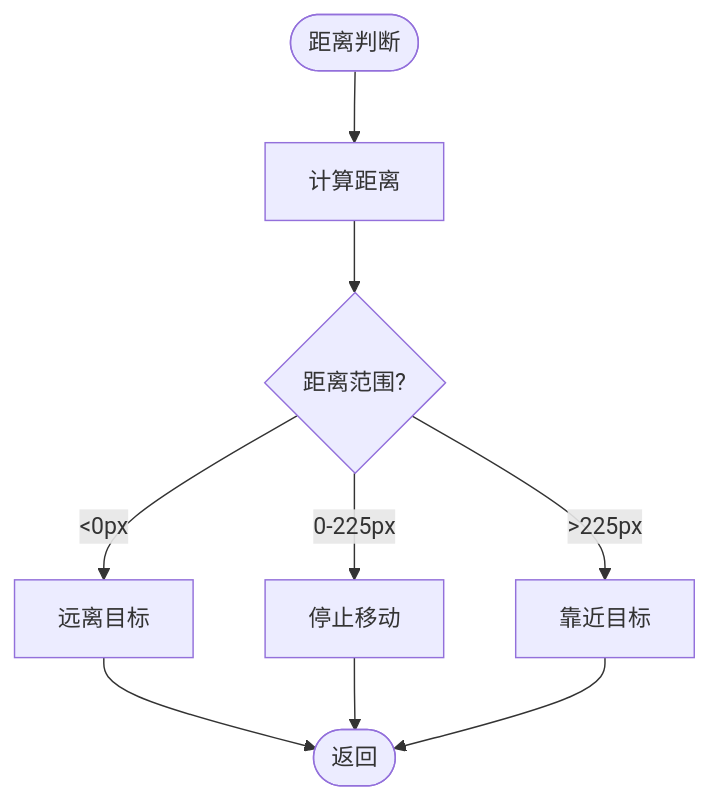
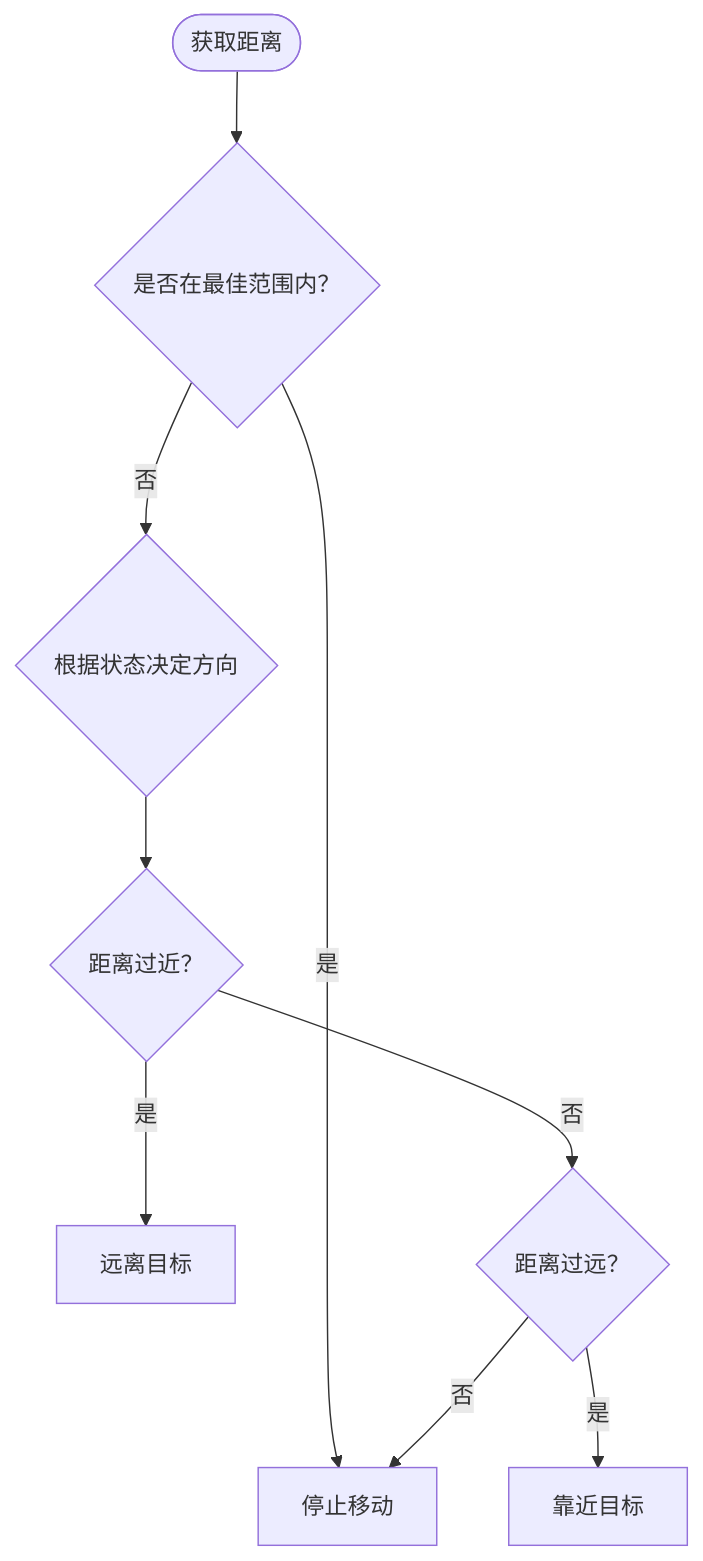
One commit to xsy098-max/ok-jump changed the seventh of 8 diagrams in .qoder/repowiki/zh/content/任务系统/自动战斗任务.md. Above: the diagram before and after it, drawn with Mermaid. The commit also changed other lines of this file and 216 other files, not shown here.

````diff
--- a/.qoder/repowiki/zh/content/任务系统/自动战斗任务.md
+++ b/.qoder/repowiki/zh/content/任务系统/自动战斗任务.md
@@ -313,11 +358,11 @@
 ```mermaid
 flowchart TD
-Start([距离判断]) --> Calc["计算距离"]
-Calc --> Range{"距离范围?"}
-Range --> |<0px| Away["远离目标"]
-Range --> |0-225px| Stop["停止移动"]
-Range --> |>225px| Toward["靠近目标"]
-Away --> End([返回])
-Stop --> End
-Toward --> End
+Start(["获取距离"]) --> IsInRange{"是否在最佳范围内？"}
+IsInRange --> |是| Stop["停止移动"]
+IsInRange --> |否| DecideDir{"根据状态决定方向"}
+DecideDir --> TooNear{"距离过近？"}
+TooNear --> |是| Away["远离目标"]
+TooNear --> |否| TooFar{"距离过远？"}
+TooFar --> |是| Towards["靠近目标"]
+TooFar --> |否| Stop
 ```
````
